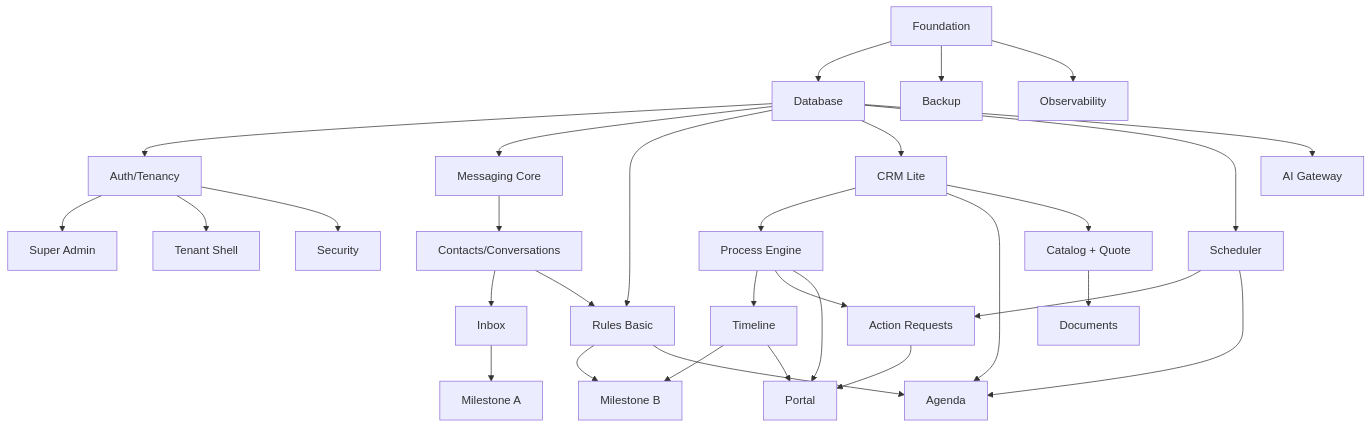
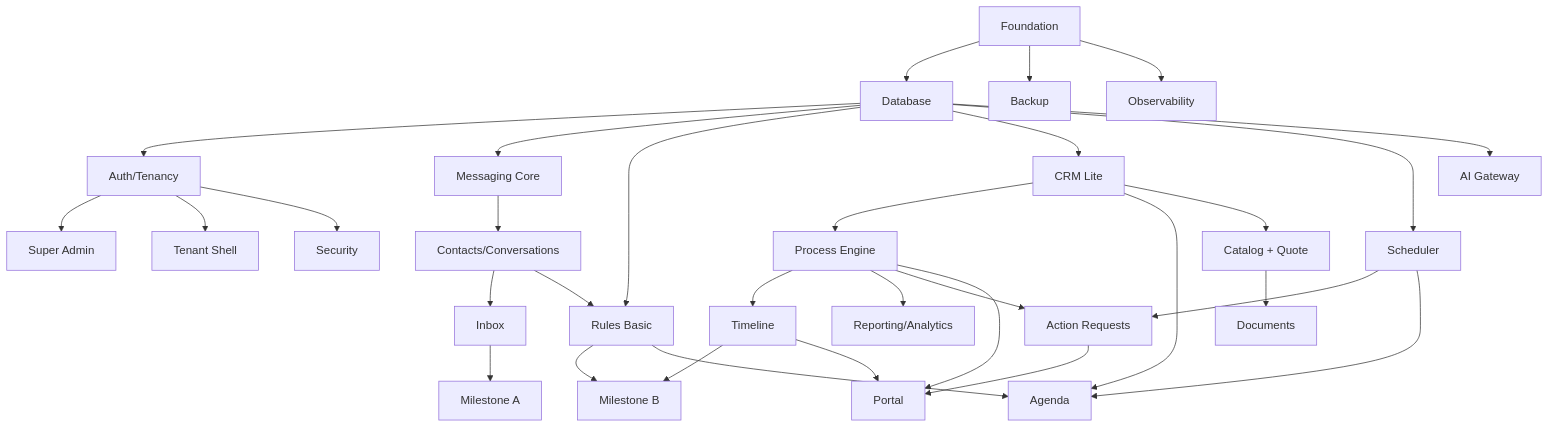
The second of 2 diagrams in platform_docs/DATA_MODEL_ERD_MVP_BACKLOG.md (consafedev/whatsappbot), drawn with Mermaid before and after one commit. The commit also changed other lines of this file and 6 other files, not shown here.

````diff
--- a/platform_docs/DATA_MODEL_ERD_MVP_BACKLOG.md
+++ b/platform_docs/DATA_MODEL_ERD_MVP_BACKLOG.md
@@ -2890,40 +2914,41 @@
 ```mermaid
 flowchart TD
     E00[Foundation] --> E01[Database]
     E01 --> E02[Auth/Tenancy]
     E02 --> E03[Super Admin]
     E02 --> E04[Tenant Shell]
     E01 --> E05[Messaging Core]
     E05 --> E06[Contacts/Conversations]
     E06 --> E07[Inbox]
     E01 --> E08[Rules Basic]
     E06 --> E08
     E07 --> MA[Milestone A]
 
     E01 --> E09[CRM Lite]
     E09 --> E10[Process Engine]
     E10 --> E11[Timeline]
     E08 --> MB[Milestone B]
     E11 --> MB
 
-    E10 --> E12[Action Requests]
+    E10 --> E12[Reporting/Analytics]
     E01 --> E13[Scheduler]
-    E13 --> E12
+    E10 --> E27[Action Requests]
+    E13 --> E27
 
     E09 --> E14[Agenda]
     E13 --> E14
     E08 --> E14
 
     E09 --> E15[Catalog + Quote]
     E15 --> E16[Documents]
 
     E10 --> E17[Portal]
     E11 --> E17
-    E12 --> E17
+    E27 --> E17
 
     E01 --> E18[AI Gateway]
 
     E00 --> E19[Backup]
     E02 --> E20[Security]
     E00 --> E21[Observability]
 ```
````
